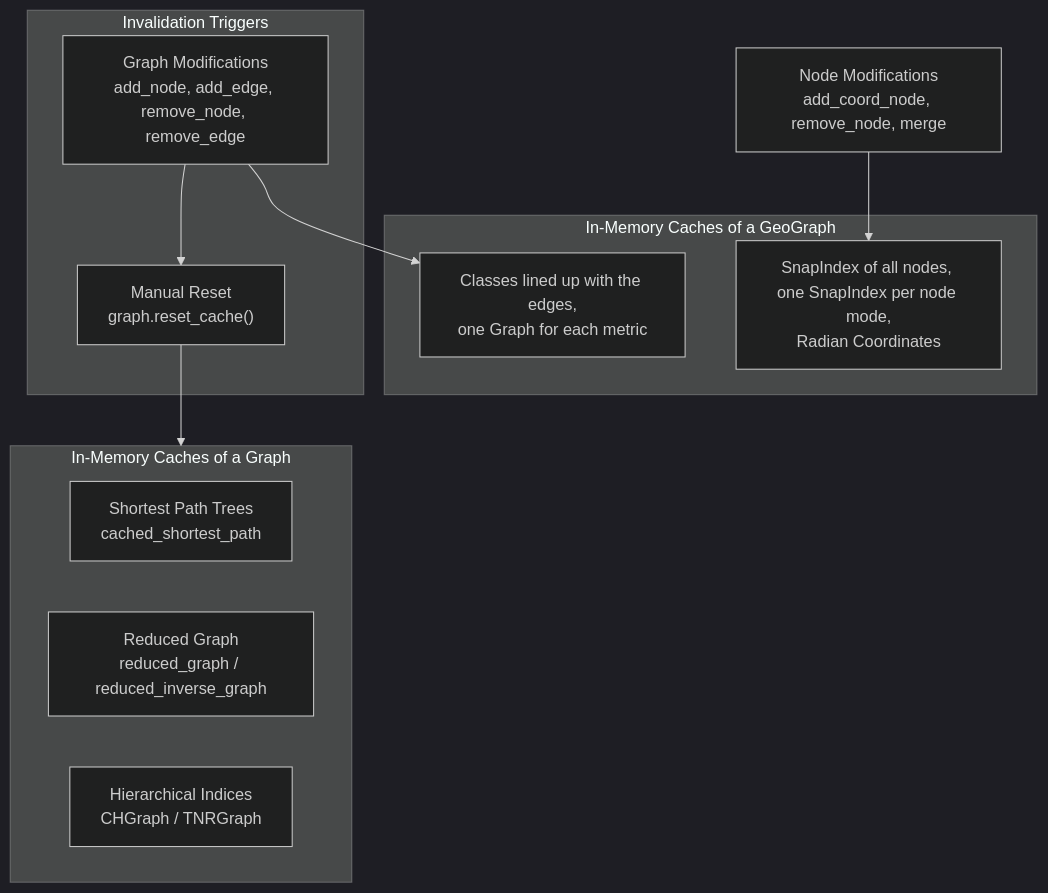
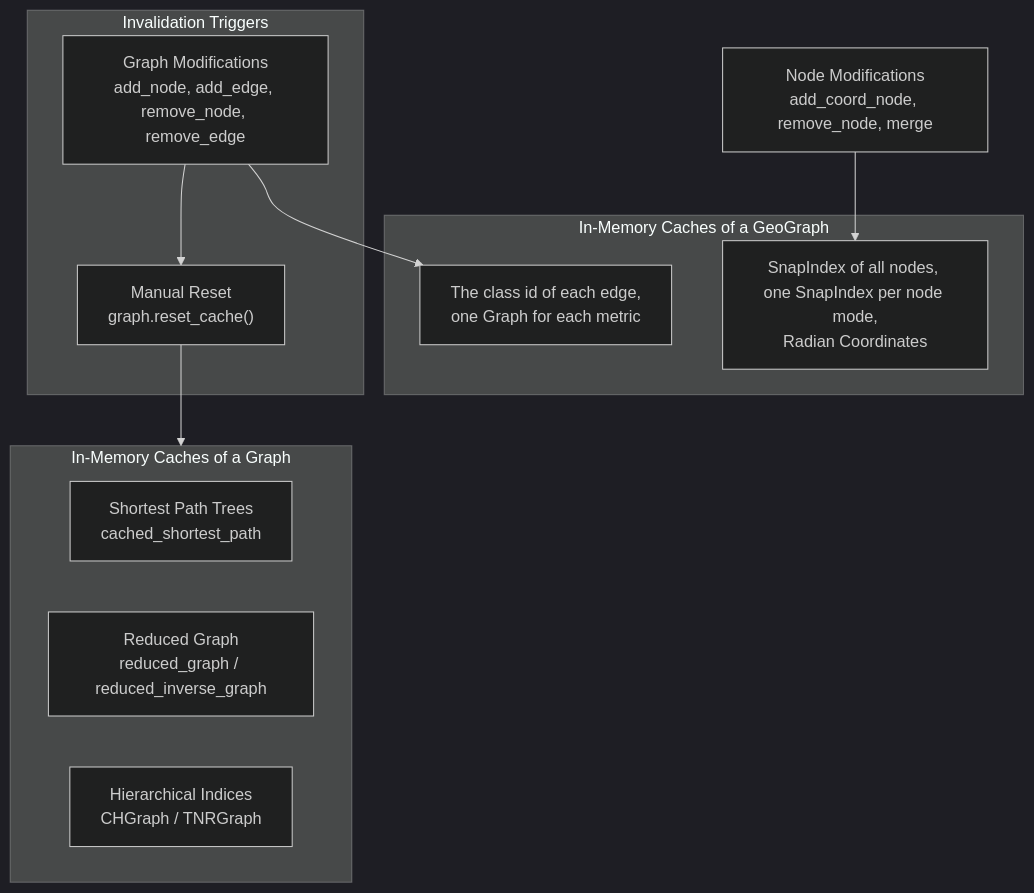
The fourth of 4 diagrams in ARCHITECTURE.md (connor-makowski/scgraph), drawn with Mermaid (dark theme) before and after one commit. The commit also changed other lines of this file and 3 other files, not shown here.

First line of the commit message:
Explain the classes of the edges in fewer words, without "lined up" (#287)

````diff
--- a/ARCHITECTURE.md
+++ b/ARCHITECTURE.md
@@ -303,21 +303,21 @@
 ```mermaid
 flowchart TD
     subgraph RAM["In-Memory Caches of a Graph"]
         T["Shortest Path Trees<br/>cached_shortest_path"]
         R["Reduced Graph<br/>reduced_graph / reduced_inverse_graph"]
         H["Hierarchical Indices<br/>CHGraph / TNRGraph"]
     end
     subgraph GEO["In-Memory Caches of a GeoGraph"]
         S["SnapIndex of all nodes, one SnapIndex per node mode,<br/>Radian Coordinates"]
-        W["Classes lined up with the edges,<br/>one Graph for each metric"]
+        W["The class id of each edge,<br/>one Graph for each metric"]
     end
     subgraph Triggers["Invalidation Triggers"]
         M["Graph Modifications<br/>add_node, add_edge, remove_node, remove_edge"]
         C["Manual Reset<br/>graph.reset_cache()"]
     end
     N["Node Modifications<br/>add_coord_node, remove_node, merge"]
     M --> C
     C --> RAM
     M --> W
     N --> S
 ```
````
